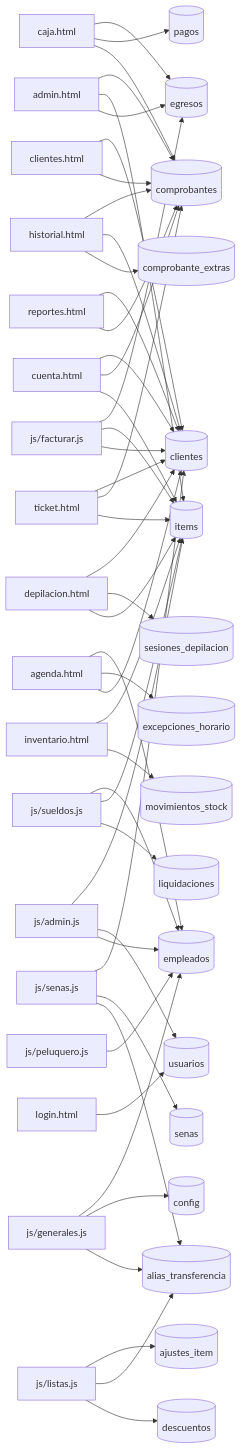
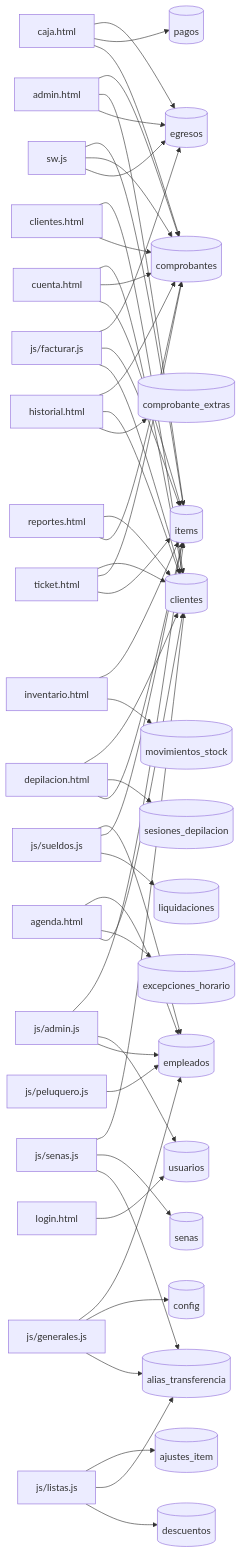
One commit to nicovazzoler/salon_ivana changed the second of 2 diagrams in ARQUITECTURA.md. Above: the diagram before and after it, drawn with Mermaid. The commit also changed other lines of this file, not shown here.

```diff
--- a/ARQUITECTURA.md
+++ b/ARQUITECTURA.md
@@ -107,6 +107,10 @@
   Preporteshtml["reportes.html"]
   Preporteshtml --> Tclientes
   Preporteshtml --> Tcomprobantes
+  Pswjs["sw.js"]
+  Pswjs --> Titems
+  Pswjs --> Tcomprobantes
+  Pswjs --> Tegresos
   Ptickethtml["ticket.html"]
   Ptickethtml --> Tclientes
   Ptickethtml --> Tcomprobantes
```
